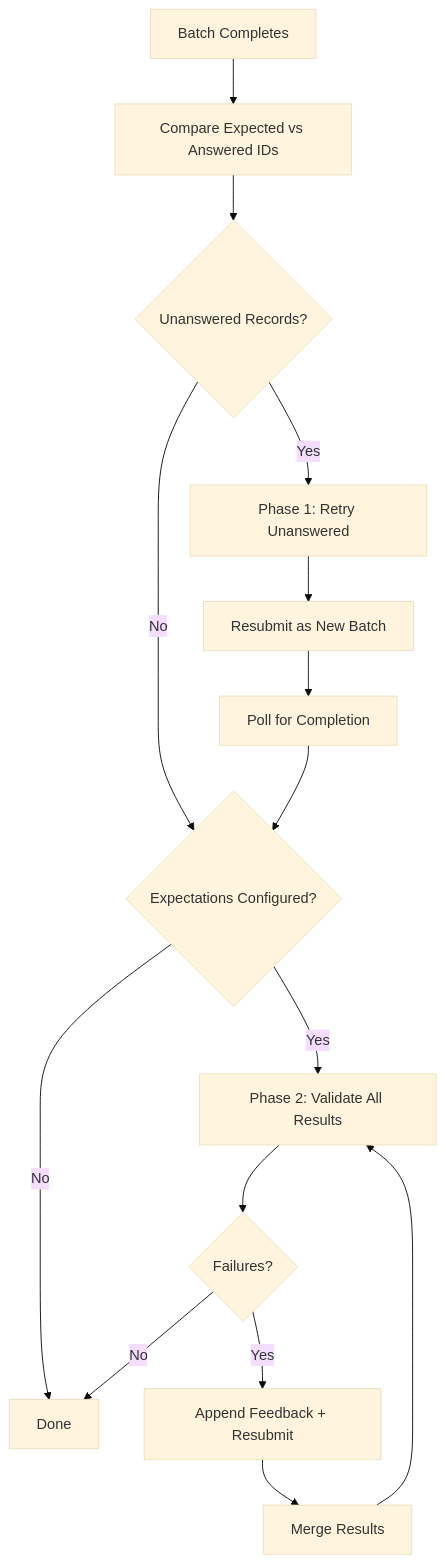
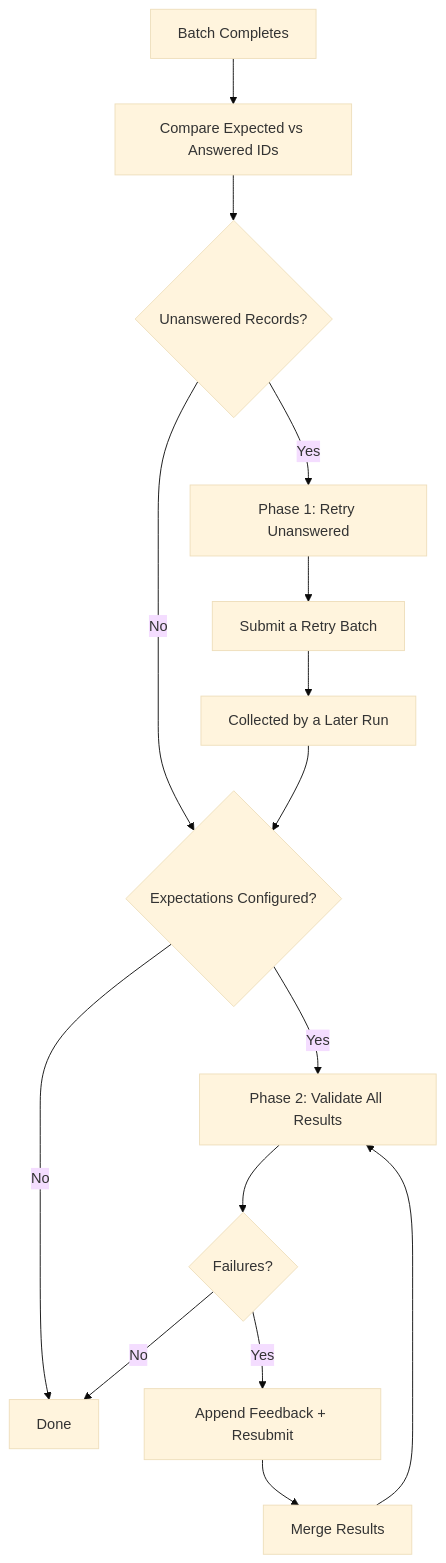
The diagram in docs.agent-actions/docs/reference/execution/batch-recovery.md (Muizzkolapo/agent-actions), drawn with Mermaid (base theme) before and after one commit. The commit also changed other lines of this file and 7 other files, not shown here.

First line of the commit message:
Drop BatchProgressEvent and the docs of the blocking batch retry

````diff
--- a/docs.agent-actions/docs/reference/execution/batch-recovery.md
+++ b/docs.agent-actions/docs/reference/execution/batch-recovery.md
@@ -14,17 +14,17 @@
 ```mermaid
 flowchart TD
     A[Batch Completes] --> B[Compare Expected vs Answered IDs]
     B --> C{Unanswered Records?}
     C -->|Yes| D[Phase 1: Retry Unanswered]
     C -->|No| G
-    D --> E[Resubmit as New Batch]
-    E --> F[Poll for Completion]
+    D --> E[Submit a Retry Batch]
+    E --> F[Collected by a Later Run]
     F --> G{Expectations Configured?}
     G -->|Yes| H[Phase 2: Validate All Results]
     G -->|No| L[Done]
     H --> I{Failures?}
     I -->|Yes| J[Append Feedback + Resubmit]
     J --> K[Merge Results]
     K --> H
     I -->|No| L
 ```
````
